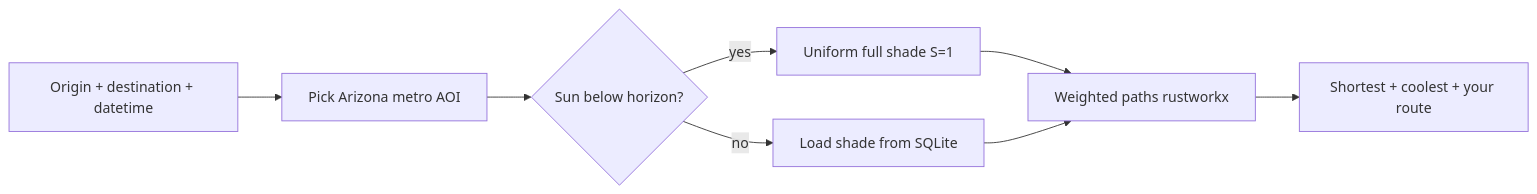
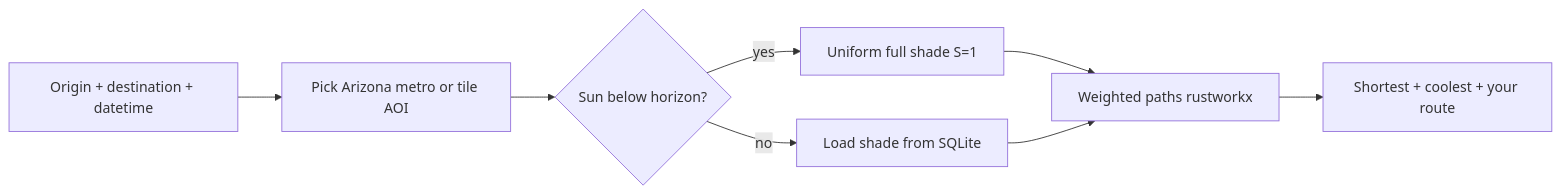
One commit to HastiPatel05/UmbraStride changed the diagram in README.md. Above: the diagram before and after it, drawn with Mermaid. The commit also changed other lines of this file and 14 other files, not shown here.

First line of the commit message:
I add Arizona tile routing and stronger shadow fallback

````diff
--- a/README.md
+++ b/README.md
@@ -40,10 +40,10 @@
 ```mermaid
 flowchart LR
-  A[Origin + destination + datetime] --> B[Pick Arizona metro AOI]
+  A[Origin + destination + datetime] --> B[Pick Arizona metro or tile AOI]
   B --> C{Sun below horizon?}
   C -->|yes| D[Uniform full shade S=1]
   C -->|no| E[Load shade from SQLite]
   D --> F[Weighted paths rustworkx]
   E --> F
   F --> G[Shortest + coolest + your route]
 ```
````
